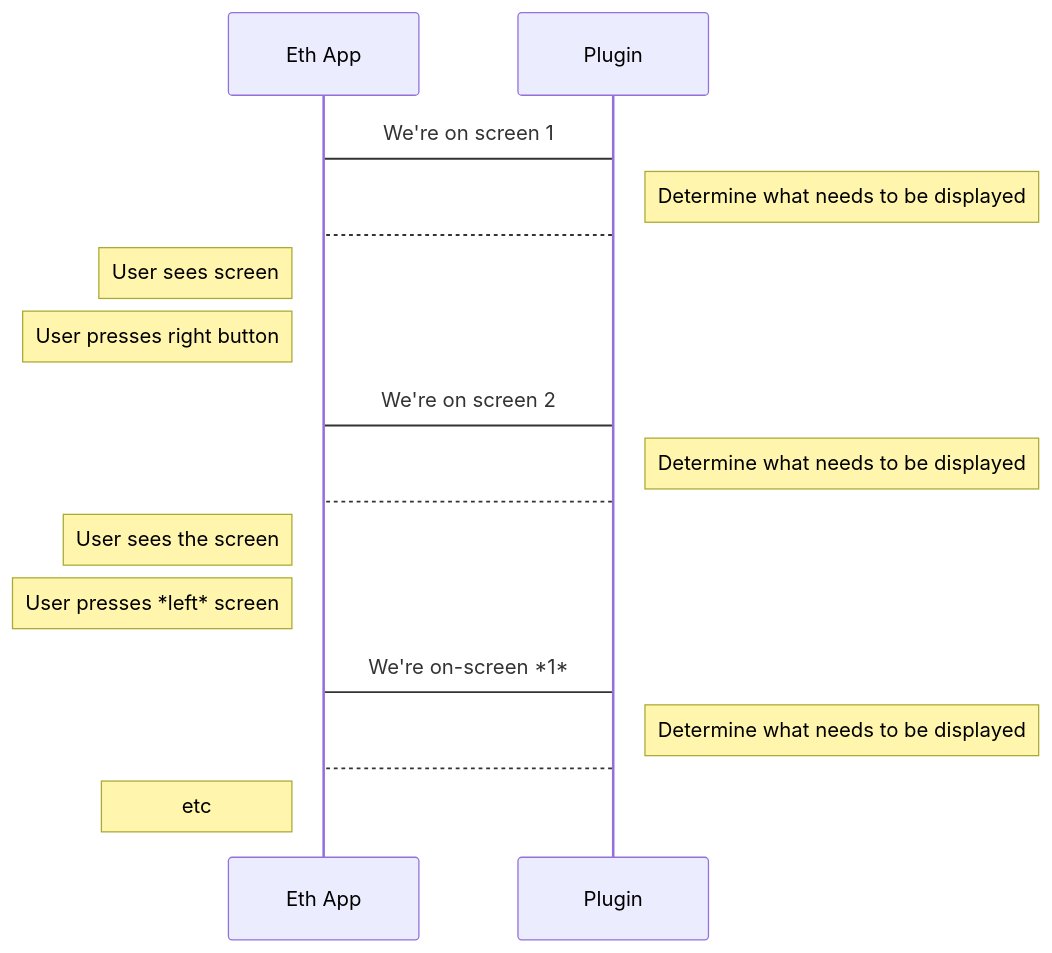
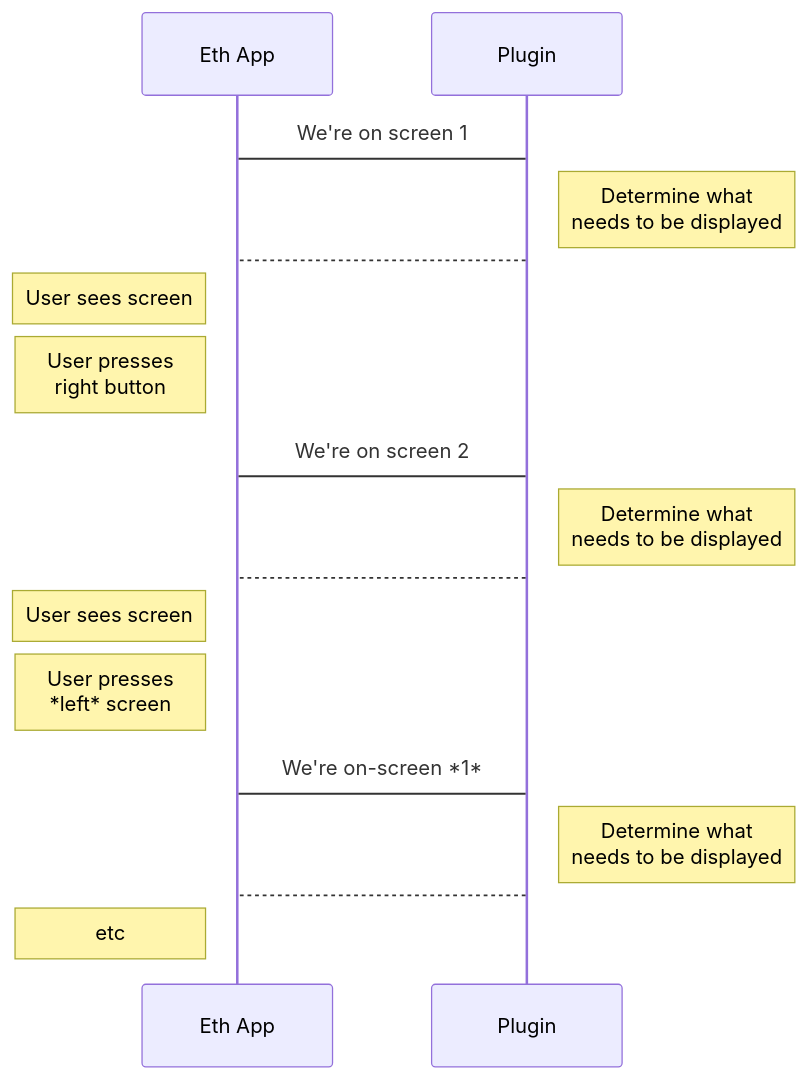
One commit to vbaconnet-ledger/developer-portal changed the diagram in _docs/dapp/nano-plugin/query-contract-ui.md. Above: the diagram before and after it, drawn with Mermaid. The commit also changed 2 other files, not shown here.

Commit message:
added line break

```diff
--- a/_docs/dapp/nano-plugin/query-contract-ui.md
+++ b/_docs/dapp/nano-plugin/query-contract-ui.md
@@ -15,17 +15,17 @@
 <div class="mermaid"> 
 sequenceDiagram 
     Eth App -> Plugin: We're on screen 1 
-    Note right of Plugin: Determine what needs to be displayed 
+    Note right of Plugin: Determine what <br>needs to be displayed
     Plugin --> Eth App:  
     Note left of Eth App: User sees screen 
-    Note left of Eth App: User presses right button 
+    Note left of Eth App: User presses<br>right button 
     Eth App -> Plugin: We're on screen 2 
-    Note right of Plugin: Determine what needs to be displayed 
+    Note right of Plugin: Determine what <br>needs to be displayed 
     Plugin --> Eth App: 
-    Note left of Eth App: User sees the screen 
-    Note left of Eth App: User presses *left* screen 
+    Note left of Eth App: User sees screen 
+    Note left of Eth App: User presses<br>*left* screen 
     Eth App -> Plugin: We're on-screen *1* 
-    Note right of Plugin: Determine what needs to be displayed 
+    Note right of Plugin: Determine what <br>needs to be displayed 
     Plugin --> Eth App: 
     Note left of Eth App: etc 
 </div> 
```
